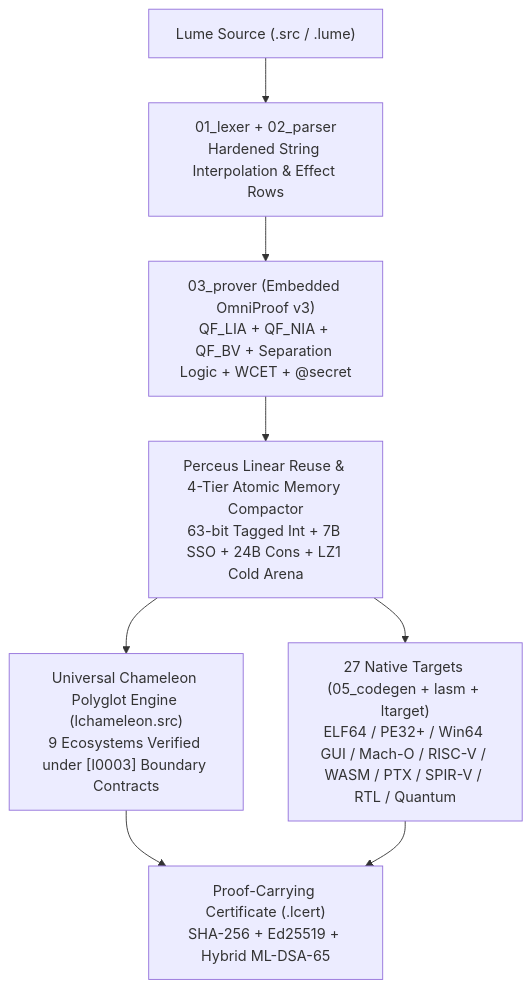
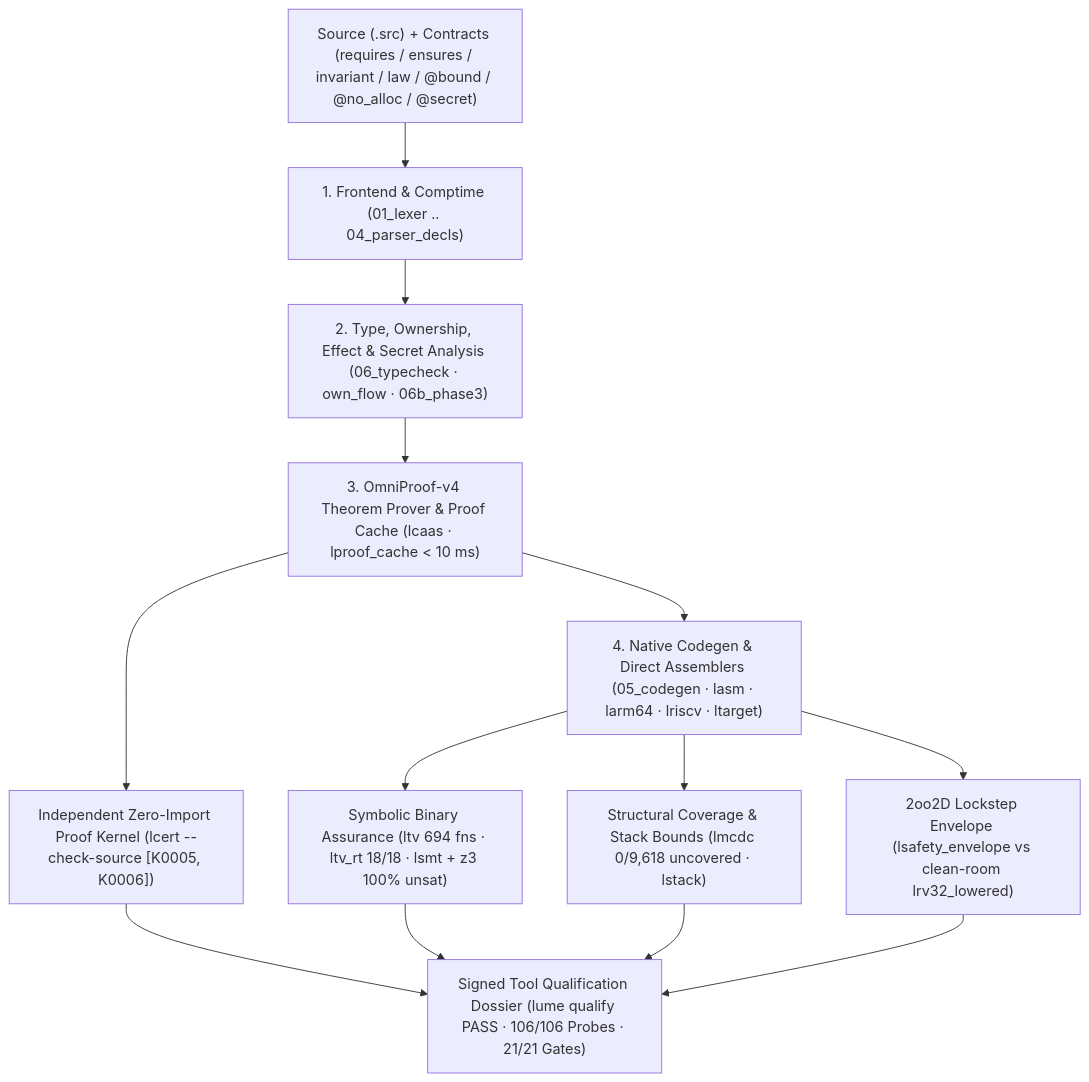
The diagram in docs/wiki/Home.md (OmegaSoftDLL/Lume), drawn with Mermaid before and after one commit. The commit also changed other lines of this file and 48 other files, not shown here.

````diff
--- a/docs/wiki/Home.md
+++ b/docs/wiki/Home.md
@@ -72,10 +76,15 @@
 ```mermaid
-flowchart TB
-    SRC["Lume Source (.src / .lume)"] --> LEX["01_lexer + 02_parser\nHardened String Interpolation & Effect Rows"]
-    LEX --> PRV["03_prover (Embedded OmniProof v3)\nQF_LIA + QF_NIA + QF_BV + Separation Logic + WCET + @secret"]
-    PRV --> PER["Perceus Linear Reuse & 4-Tier Atomic Memory Compactor\n63-bit Tagged Int + 7B SSO + 24B Cons + LZ1 Cold Arena"]
-    PER --> CHM["Universal Chameleon Polyglot Engine (lchameleon.src)\n9 Ecosystems Verified under [I0003] Boundary Contracts"]
-    PER --> TGT["27 Native Targets (05_codegen + lasm + ltarget)\nELF64 / PE32+ / Win64 GUI / Mach-O / RISC-V / WASM / PTX / SPIR-V / RTL / Quantum"]
-    CHM --> CRT["Proof-Carrying Certificate (.lcert)\nSHA-256 + Ed25519 + Hybrid ML-DSA-65"]
-    TGT --> CRT
+flowchart TD
+    SRC["Source (.src) + Contracts (requires / ensures / invariant / law / @bound / @no_alloc / @secret)"] --> FE["1. Frontend & Comptime (01_lexer .. 04_parser_decls)"]
+    FE --> TY["2. Type, Ownership, Effect & Secret Analysis (06_typecheck · own_flow · 06b_phase3)"]
+    TY --> PRV["3. OmniProof-v4 Theorem Prover & Proof Cache (lcaas · lproof_cache < 10 ms)"]
+    PRV --> KRN["Independent Zero-Import Proof Kernel (lcert --check-source [K0005, K0006])"]
+    PRV --> CG["4. Native Codegen & Direct Assemblers (05_codegen · lasm · larm64 · lriscv · ltarget)"]
+    CG --> TV["Symbolic Binary Assurance (ltv 694 fns · ltv_rt 18/18 · lsmt + z3 100% unsat)"]
+    CG --> MCDC["Structural Coverage & Stack Bounds (lmcdc 0/9,618 uncovered · lstack)"]
+    CG --> ENV["2oo2D Lockstep Envelope (lsafety_envelope vs clean-room lrv32_lowered)"]
+    KRN --> QUAL["Signed Tool Qualification Dossier (lume qualify PASS · 106/106 Probes · 21/21 Gates)"]
+    TV --> QUAL
+    MCDC --> QUAL
+    ENV --> QUAL
 ```
````
